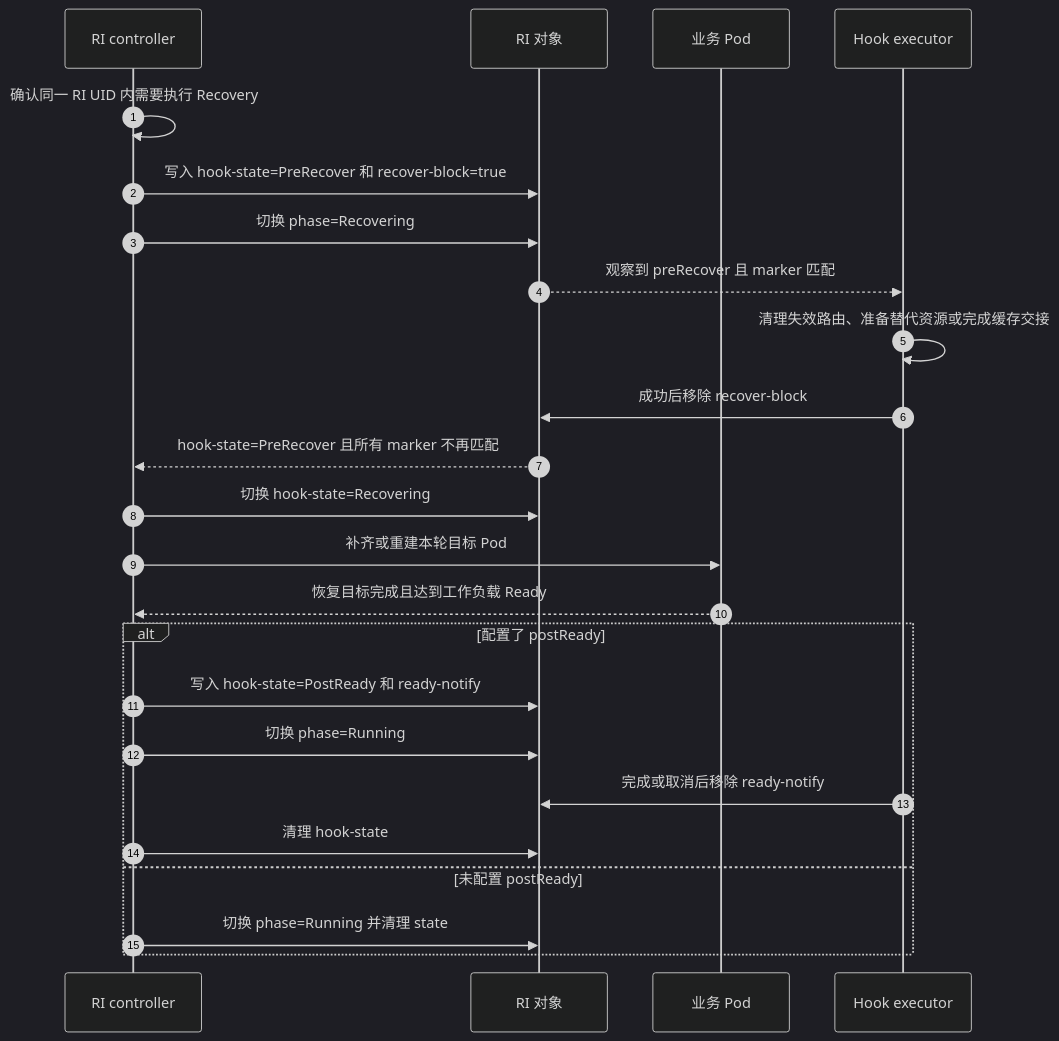
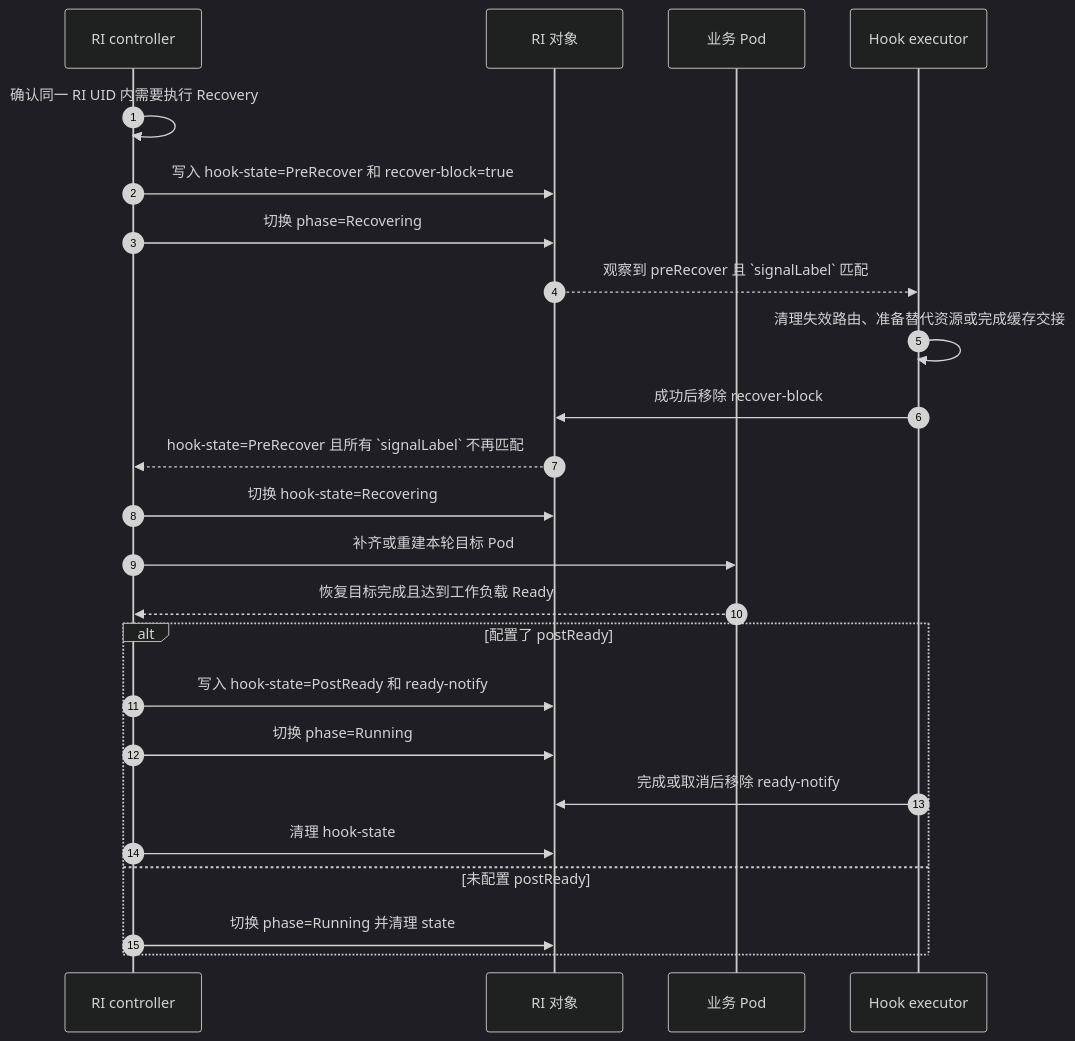
Before and after one commit to sgl-project/rbg: the second of 4 diagrams in keps/527-roleinstance-lifecycle/README.zh-CN.md, drawn with Mermaid (dark theme). The commit also changed other lines of this file and 1 other file, not shown here.

Commit message:
docs: rename marker to signalLabel in KEP-527

````diff
--- a/keps/527-roleinstance-lifecycle/README.zh-CN.md
+++ b/keps/527-roleinstance-lifecycle/README.zh-CN.md
@@ -464,26 +467,26 @@
 ```mermaid
 sequenceDiagram
     autonumber
     participant C as RI controller
     participant R as RI 对象
     participant P as 业务 Pod
     participant E as Hook executor
     C->>C: 确认同一 RI UID 内需要执行 Recovery
     C->>R: 写入 hook-state=PreRecover 和 recover-block=true
     C->>R: 切换 phase=Recovering
-    R-->>E: 观察到 preRecover 且 marker 匹配
+    R-->>E: 观察到 preRecover 且 `signalLabel` 匹配
     E->>E: 清理失效路由、准备替代资源或完成缓存交接
     E->>R: 成功后移除 recover-block
-    R-->>C: hook-state=PreRecover 且所有 marker 不再匹配
+    R-->>C: hook-state=PreRecover 且所有 `signalLabel` 不再匹配
     C->>R: 切换 hook-state=Recovering
     C->>P: 补齐或重建本轮目标 Pod
     P-->>C: 恢复目标完成且达到工作负载 Ready
     alt 配置了 postReady
         C->>R: 写入 hook-state=PostReady 和 ready-notify
         C->>R: 切换 phase=Running
         E->>R: 完成或取消后移除 ready-notify
         C->>R: 清理 hook-state
     else 未配置 postReady
         C->>R: 切换 phase=Running 并清理 state
     end
 ```
````
